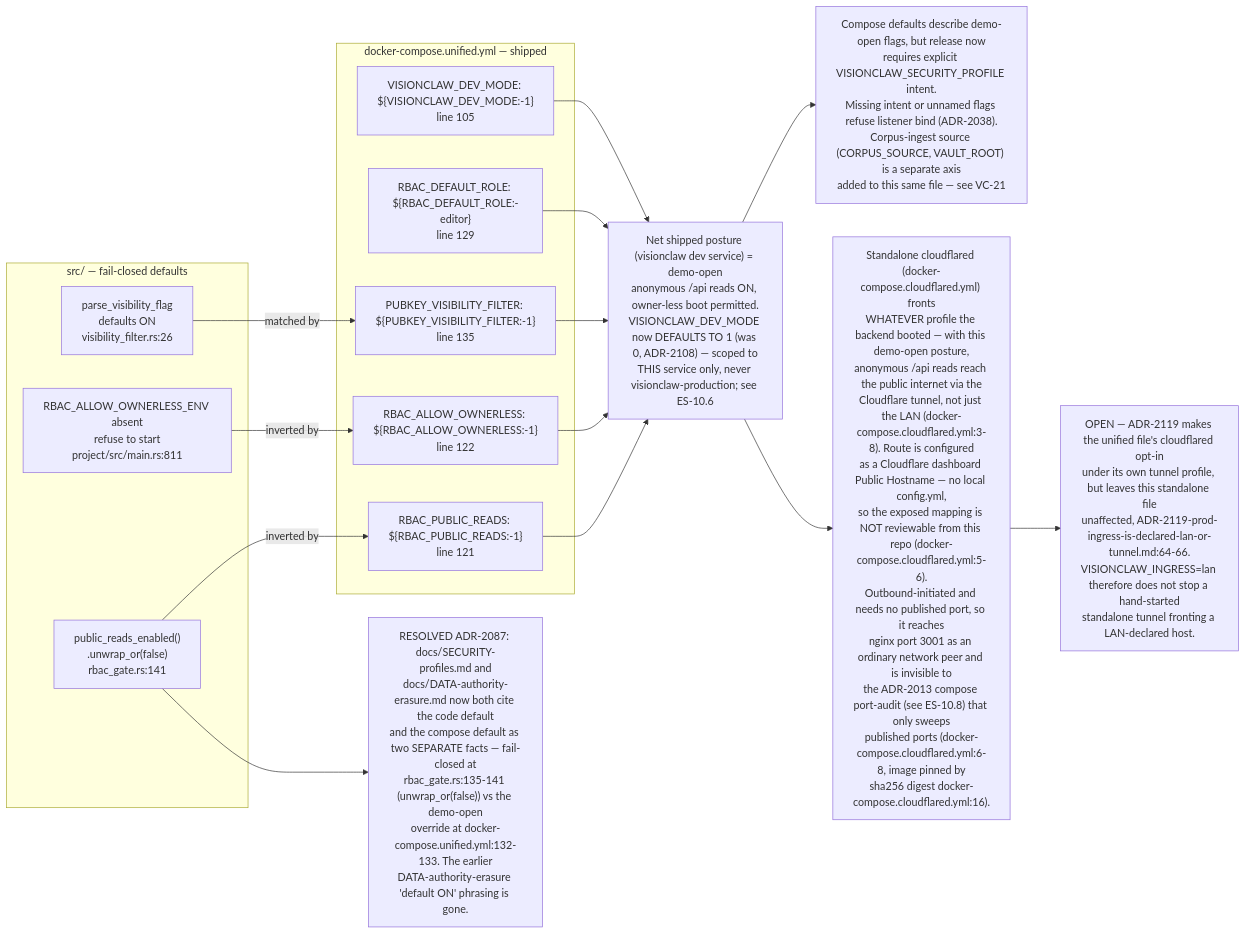
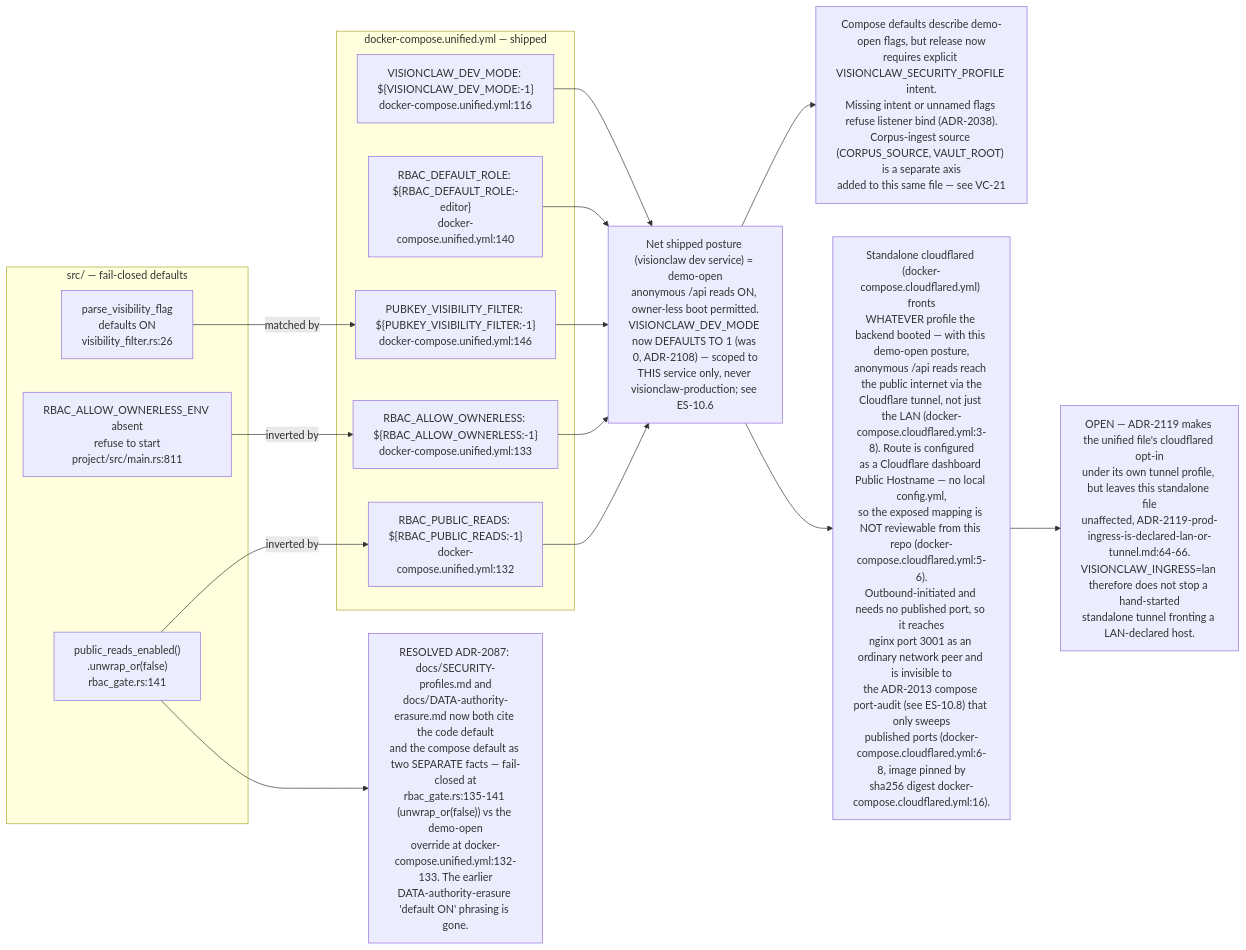
Before and after one commit to DreamLab-AI/VisionFlow: the third of 11 diagrams in docs/diagrams/estate/10-deployment-and-security-profiles.md, drawn with Mermaid. The commit also changed other lines of this file and 91 other files, not shown here.

````diff
--- a/docs/diagrams/estate/10-deployment-and-security-profiles.md
+++ b/docs/diagrams/estate/10-deployment-and-security-profiles.md
@@ -146,33 +146,33 @@
 ```mermaid
 flowchart LR
     subgraph codeside["src/ — fail-closed defaults"]
         A1["public_reads_enabled()<br/>.unwrap_or(false)<br/>rbac_gate.rs:141"]
         A2["RBAC_ALLOW_OWNERLESS_ENV absent<br/>refuse to start<br/>project/src/main.rs:811"]
         A3["parse_visibility_flag<br/>defaults ON<br/>visibility_filter.rs:26"]
     end
     subgraph composeside["docker-compose.unified.yml — shipped"]
-        B1["RBAC_PUBLIC_READS: ${RBAC_PUBLIC_READS:-1}<br/>line 121"]
-        B2["RBAC_ALLOW_OWNERLESS: ${RBAC_ALLOW_OWNERLESS:-1}<br/>line 122"]
-        B3["PUBKEY_VISIBILITY_FILTER: ${PUBKEY_VISIBILITY_FILTER:-1}<br/>line 135"]
-        B4["RBAC_DEFAULT_ROLE: ${RBAC_DEFAULT_ROLE:-editor}<br/>line 129"]
-        B5["VISIONCLAW_DEV_MODE: ${VISIONCLAW_DEV_MODE:-1}<br/>line 105"]
+        B1["RBAC_PUBLIC_READS: ${RBAC_PUBLIC_READS:-1}<br/>docker-compose.unified.yml:132"]
+        B2["RBAC_ALLOW_OWNERLESS: ${RBAC_ALLOW_OWNERLESS:-1}<br/>docker-compose.unified.yml:133"]
+        B3["PUBKEY_VISIBILITY_FILTER: ${PUBKEY_VISIBILITY_FILTER:-1}<br/>docker-compose.unified.yml:146"]
+        B4["RBAC_DEFAULT_ROLE: ${RBAC_DEFAULT_ROLE:-editor}<br/>docker-compose.unified.yml:140"]
+        B5["VISIONCLAW_DEV_MODE: ${VISIONCLAW_DEV_MODE:-1}<br/>docker-compose.unified.yml:116"]
     end
     NET["Net shipped posture (visionclaw dev service) = demo-open<br/>anonymous /api reads ON, owner-less boot permitted.<br/>VISIONCLAW_DEV_MODE now DEFAULTS TO 1 (was 0, ADR-2108) — scoped to<br/>THIS service only, never visionclaw-production; see ES-10.6"]
     DRIFT1["Compose defaults describe demo-open flags, but release now<br/>requires explicit VISIONCLAW_SECURITY_PROFILE intent.<br/>Missing intent or unnamed flags refuse listener bind (ADR-2038).<br/>Corpus-ingest source (CORPUS_SOURCE, VAULT_ROOT) is a separate axis<br/>added to this same file — see VC-21"]
     DRIFT2["RESOLVED ADR-2087: docs/SECURITY-profiles.md and<br/>docs/DATA-authority-erasure.md now both cite the code default<br/>and the compose default as two SEPARATE facts — fail-closed at<br/>rbac_gate.rs:135-141 (unwrap_or(false)) vs the demo-open<br/>override at docker-compose.unified.yml:132-133. The earlier<br/>DATA-authority-erasure 'default ON' phrasing is gone."]
     CFT["Standalone cloudflared (docker-compose.cloudflared.yml) fronts<br/>WHATEVER profile the backend booted — with this demo-open posture,<br/>anonymous /api reads reach the public internet via the<br/>Cloudflare tunnel, not just the LAN (docker-compose.cloudflared.yml:3-8). Route is configured<br/>as a Cloudflare dashboard Public Hostname — no local config.yml,<br/>so the exposed mapping is NOT reviewable from this repo (docker-compose.cloudflared.yml:5-6).<br/>Outbound-initiated and needs no published port, so it reaches<br/>nginx port 3001 as an ordinary network peer and is invisible to<br/>the ADR-2013 compose port-audit (see ES-10.8) that only sweeps<br/>published ports (docker-compose.cloudflared.yml:6-8, image pinned by<br/>sha256 digest docker-compose.cloudflared.yml:16)."]
 
     A1 -- "inverted by" --> B1
     A2 -- "inverted by" --> B2
     A3 -- "matched by" --> B3
     B1 --> NET
     B2 --> NET
     B3 --> NET
     B4 --> NET
     B5 --> NET
     NET --> DRIFT1
     NET --> CFT
     LANGAP["OPEN — ADR-2119 makes the unified file's cloudflared opt-in<br/>under its own tunnel profile, but leaves this standalone file<br/>unaffected, ADR-2119-prod-ingress-is-declared-lan-or-tunnel.md:64-66.<br/>VISIONCLAW_INGRESS=lan therefore does not stop a hand-started<br/>standalone tunnel fronting a LAN-declared host."]
     CFT --> LANGAP
     A1 --> DRIFT2
 ```
````
